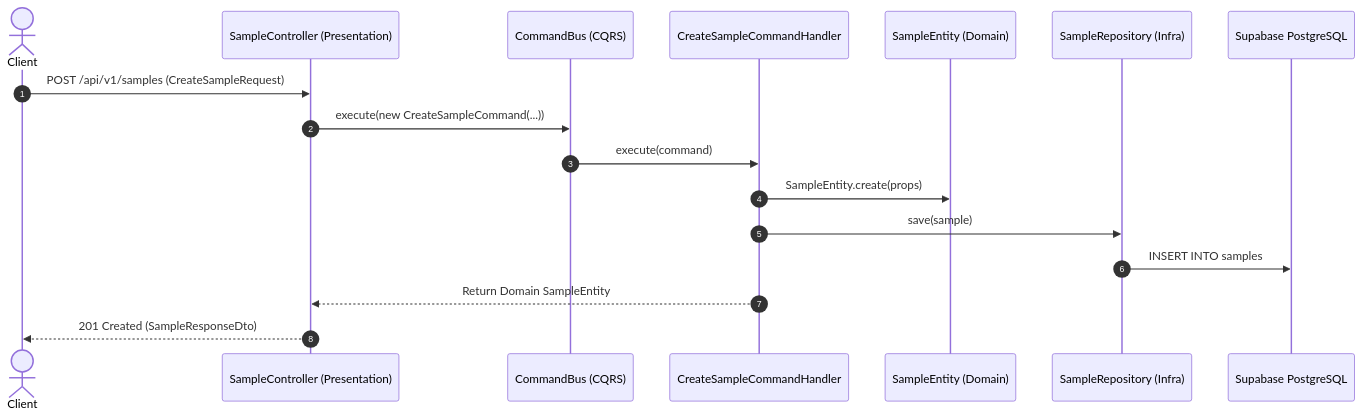
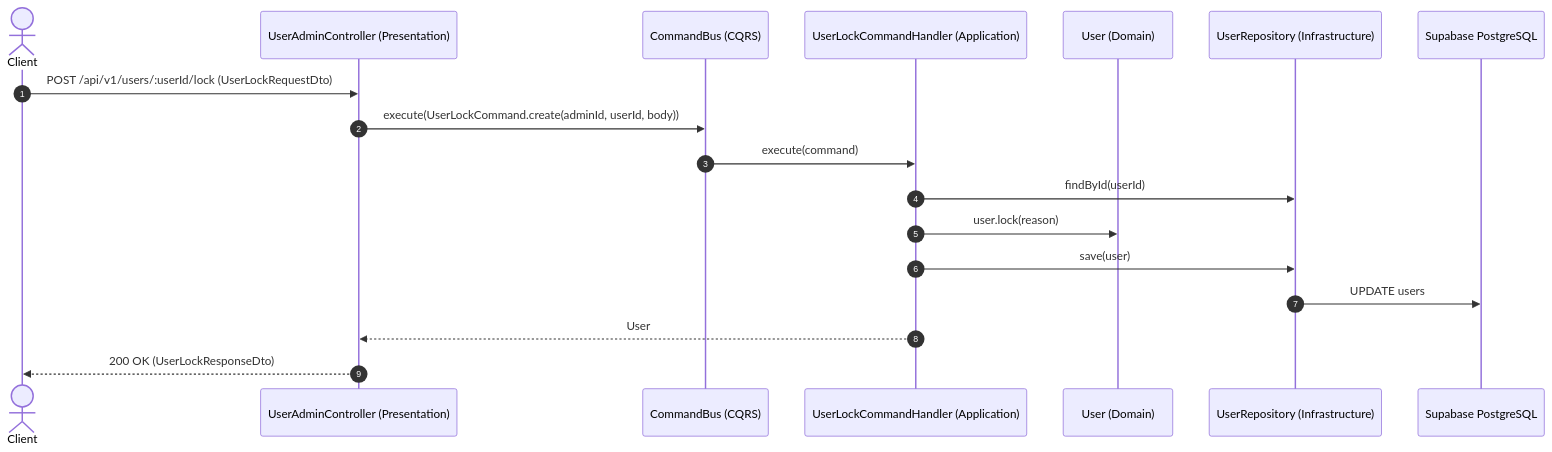
One commit to pbl6-home-renter/Identity-Service changed the diagram in README.md. Above: the diagram before and after it, drawn with Mermaid. The commit also changed other lines of this file and 372 other files, not shown here.

First line of the commit message:
refactor: restructure into clean architecture + DDD layers

````diff
--- a/README.md
+++ b/README.md
@@ -80,20 +71,21 @@
 ```mermaid
 sequenceDiagram
     autonumber
     actor Client
-    participant Controller as SampleController (Presentation)
+    participant Controller as UserAdminController (Presentation)
     participant CommandBus as CommandBus (CQRS)
-    participant Handler as CreateSampleCommandHandler
-    participant Domain as SampleEntity (Domain)
-    participant Repo as SampleRepository (Infra)
+    participant Handler as UserLockCommandHandler (Application)
+    participant Domain as User (Domain)
+    participant Repo as UserRepository (Infrastructure)
     participant DB as Supabase PostgreSQL
 
-    Client->>Controller: POST /api/v1/samples (CreateSampleRequest)
-    Controller->>CommandBus: execute(new CreateSampleCommand(...))
+    Client->>Controller: POST /api/v1/users/:userId/lock (UserLockRequestDto)
+    Controller->>CommandBus: execute(UserLockCommand.create(adminId, userId, body))
     CommandBus->>Handler: execute(command)
-    Handler->>Domain: SampleEntity.create(props)
-    Handler->>Repo: save(sample)
-    Repo->>DB: INSERT INTO samples
-    Handler-->>Controller: Return Domain SampleEntity
-    Controller-->>Client: 201 Created (SampleResponseDto)
+    Handler->>Repo: findById(userId)
+    Handler->>Domain: user.lock(reason)
+    Handler->>Repo: save(user)
+    Repo->>DB: UPDATE users
+    Handler-->>Controller: User
+    Controller-->>Client: 200 OK (UserLockResponseDto)
 ```
````
